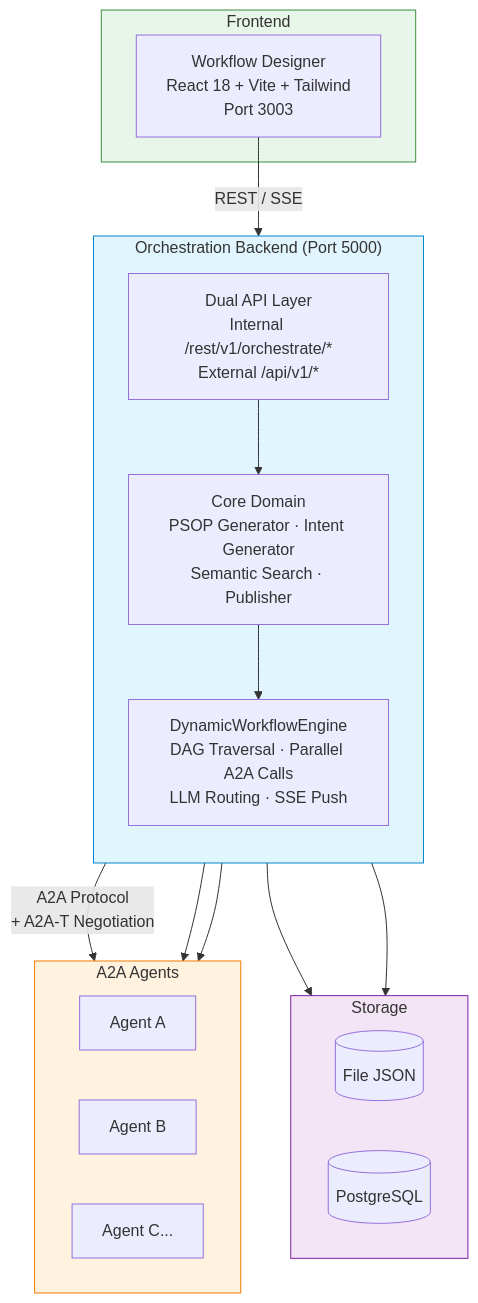
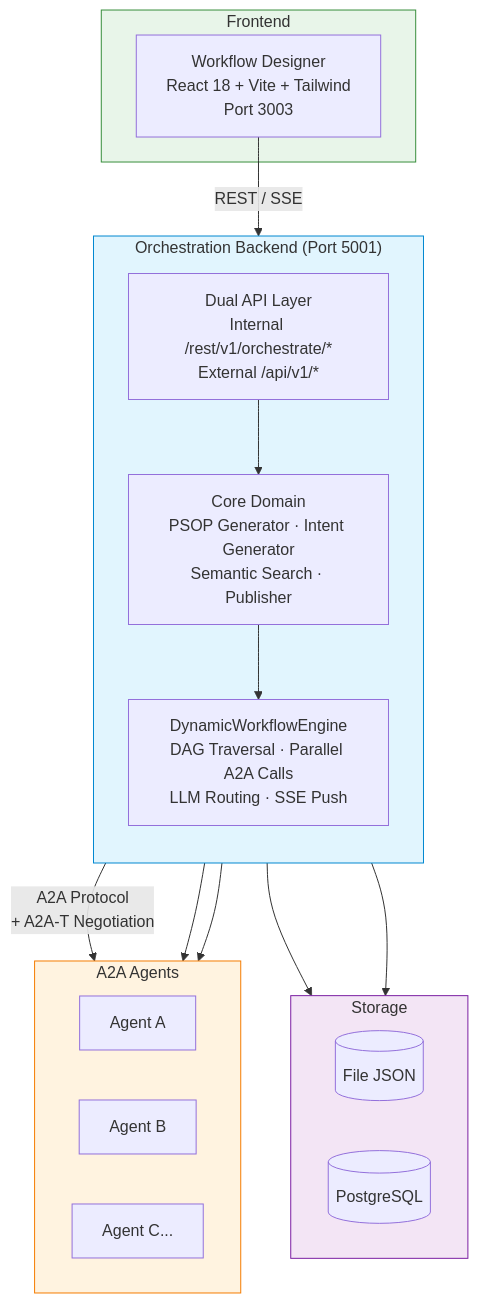
The second of 2 diagrams in README.md (project-openan/orchestration-center), drawn with Mermaid before and after one commit. The commit also changed other lines of this file and 13 other files, not shown here.

````diff
--- a/README.md
+++ b/README.md
@@ -191,40 +191,40 @@
 ```mermaid
 flowchart TB
     subgraph frontend["Frontend"]
         wd["Workflow Designer<br/>React 18 + Vite + Tailwind<br/>Port 3003"]
     end
 
-    subgraph backend["Orchestration Backend (Port 5000)"]
+    subgraph backend["Orchestration Backend (Port 5001)"]
         direction TB
         api["Dual API Layer<br/>Internal /rest/v1/orchestrate/*<br/>External /api/v1/*"]
         domain["Core Domain<br/>PSOP Generator · Intent Generator<br/>Semantic Search · Publisher"]
         engine["DynamicWorkflowEngine<br/>DAG Traversal · Parallel A2A Calls<br/>LLM Routing · SSE Push"]
     end
 
     subgraph storage["Storage"]
         direction LR
         file[("File JSON")]
         pg[("PostgreSQL")]
     end
 
     subgraph agents["A2A Agents"]
         direction LR
         a1["Agent A"]
         a2["Agent B"]
         a3["Agent C..."]
     end
 
     wd -->|"REST / SSE"| api
     api --> domain
     domain --> engine
     engine --> file
     engine --> pg
     engine -->|"A2A Protocol<br/>+ A2A-T Negotiation"| a1
     engine --> a2
     engine --> a3
 
     style backend fill:#e1f5fe,stroke:#0288d1
     style frontend fill:#e8f5e9,stroke:#388e3c
     style storage fill:#f3e5f5,stroke:#7b1fa2
     style agents fill:#fff3e0,stroke:#f57c00
 ```
````
